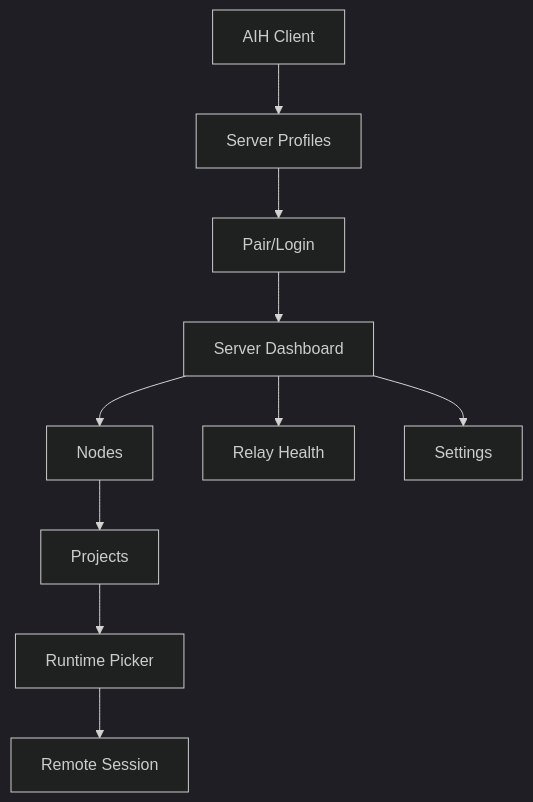
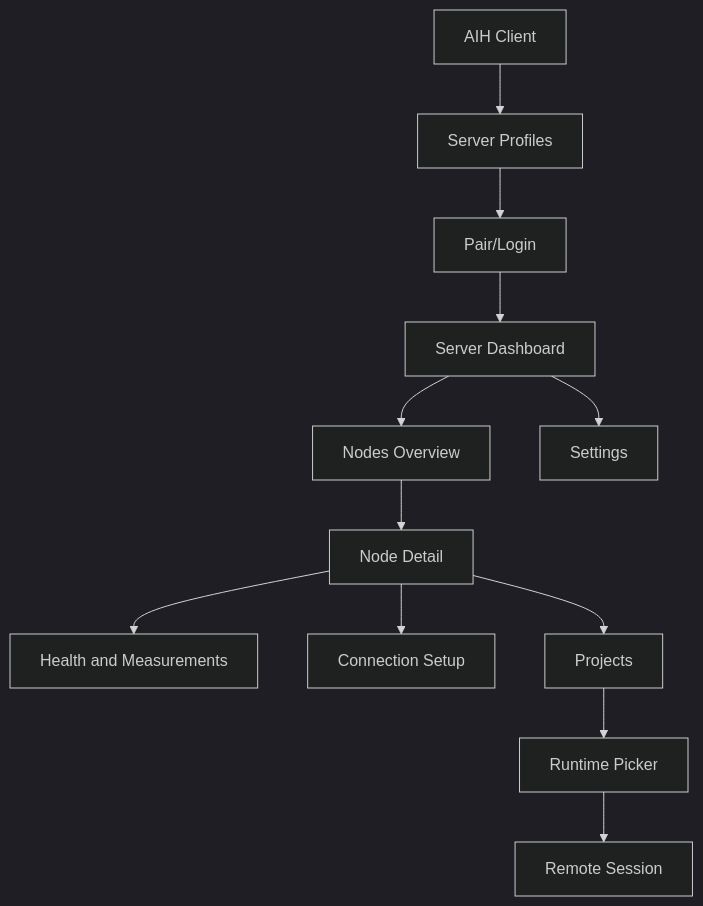
The diagram in docs/fabric/05-ui-wireframes.md (madou1217/ai_home), drawn with Mermaid (dark theme) before and after one commit. The commit also changed other lines of this file and 10 other files, not shown here.

````diff
--- a/docs/fabric/05-ui-wireframes.md
+++ b/docs/fabric/05-ui-wireframes.md
@@ -7,21 +7,24 @@
 ```mermaid
 flowchart TD
   App[AIH Client]
   Profiles[Server Profiles]
   Login[Pair/Login]
   Dashboard[Server Dashboard]
-  Nodes[Nodes]
-  Relays[Relay Health]
+  Nodes[Nodes Overview]
+  NodeDetail[Node Detail]
+  Health[Health and Measurements]
+  Connection[Connection Setup]
   Projects[Projects]
   Runtime[Runtime Picker]
   Session[Remote Session]
   Settings[Settings]
 
   App --> Profiles
   Profiles --> Login
   Login --> Dashboard
-  Dashboard --> Nodes
-  Dashboard --> Relays
-  Nodes --> Projects --> Runtime --> Session
+  Dashboard --> Nodes --> NodeDetail
+  NodeDetail --> Projects --> Runtime --> Session
+  NodeDetail --> Health
+  NodeDetail --> Connection
   Dashboard --> Settings
 ```
````
